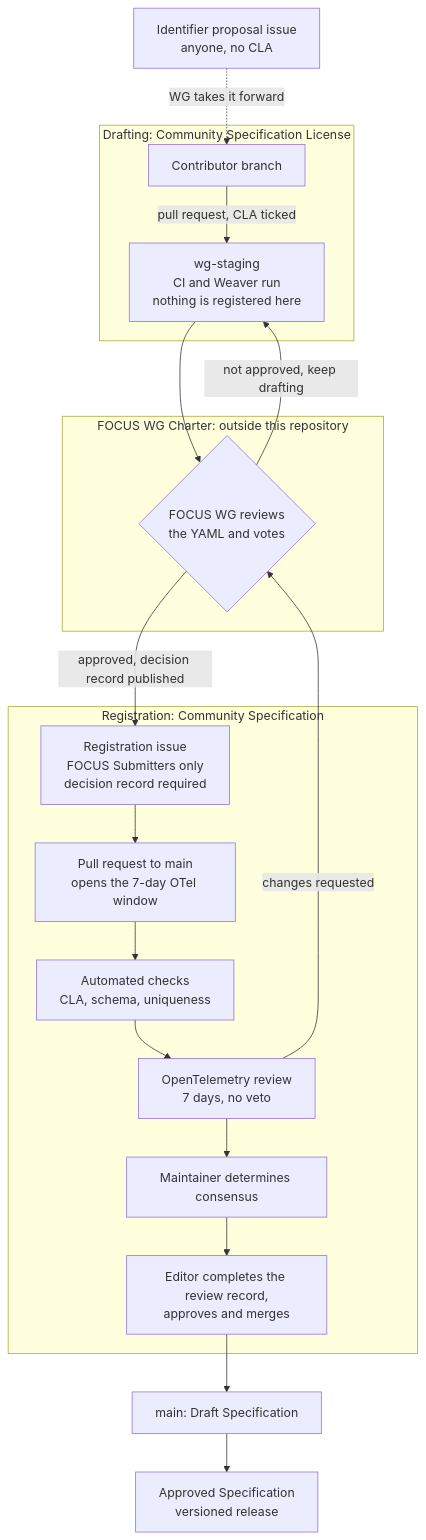
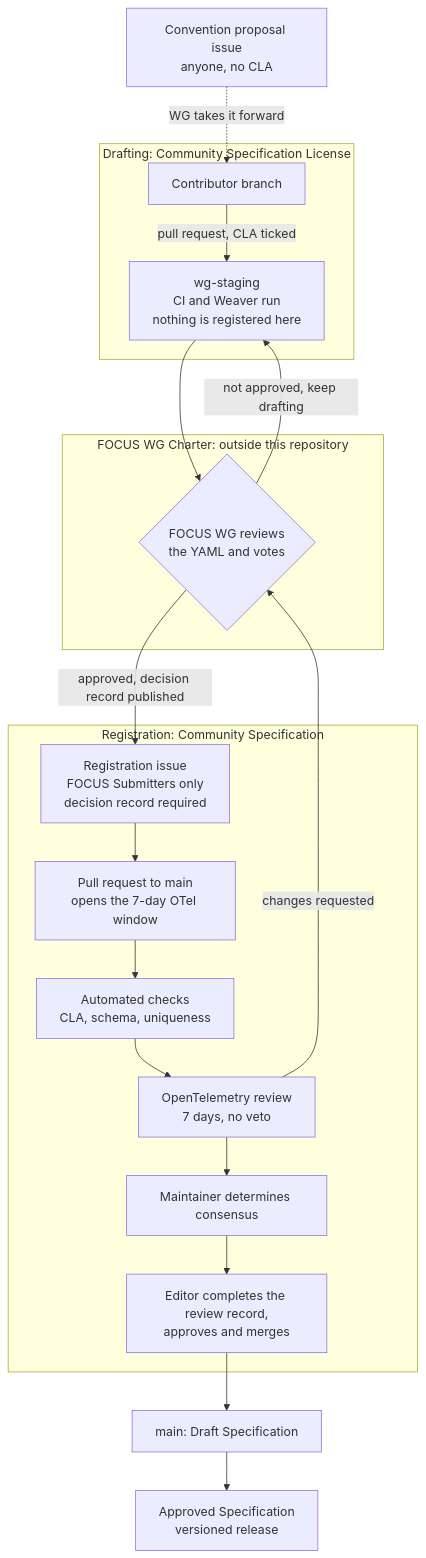
One commit to FinOps-Open-Cost-and-Usage-Spec/focus-otel-semconv changed the diagram in README.md. Above: the diagram before and after it, drawn with Mermaid. The commit also changed other lines of this file and 7 other files, not shown here.

````diff
--- a/README.md
+++ b/README.md
@@ -24,34 +32,34 @@
 ```mermaid
 flowchart TD
-    P["Identifier proposal issue<br/>anyone, no CLA"]
+    P["Convention proposal issue<br/>anyone, no CLA"]
 
     subgraph DRAFT["Drafting: Community Specification License"]
         B["Contributor branch"]
         S["wg-staging<br/>CI and Weaver run<br/>nothing is registered here"]
         B -->|"pull request, CLA ticked"| S
     end
 
     subgraph WG["FOCUS WG Charter: outside this repository"]
         V{"FOCUS WG reviews<br/>the YAML and votes"}
     end
 
     subgraph REG["Registration: Community Specification"]
         I["Registration issue<br/>FOCUS Submitters only<br/>decision record required"]
         PR["Pull request to main<br/>opens the 7-day OTel window"]
         C["Automated checks<br/>CLA, schema, uniqueness"]
         O["OpenTelemetry review<br/>7 days, no veto"]
         M["Maintainer determines consensus"]
         E["Editor completes the review record,<br/>approves and merges"]
         I --> PR --> C --> O --> M --> E
     end
 
     MAIN["main: Draft Specification"]
     REL["Approved Specification<br/>versioned release"]
 
     P -.->|"WG takes it forward"| B
     S --> V
     V -->|"not approved, keep drafting"| S
     V -->|"approved, decision record published"| I
     O -->|"changes requested"| V
     E --> MAIN --> REL
 ```
````
